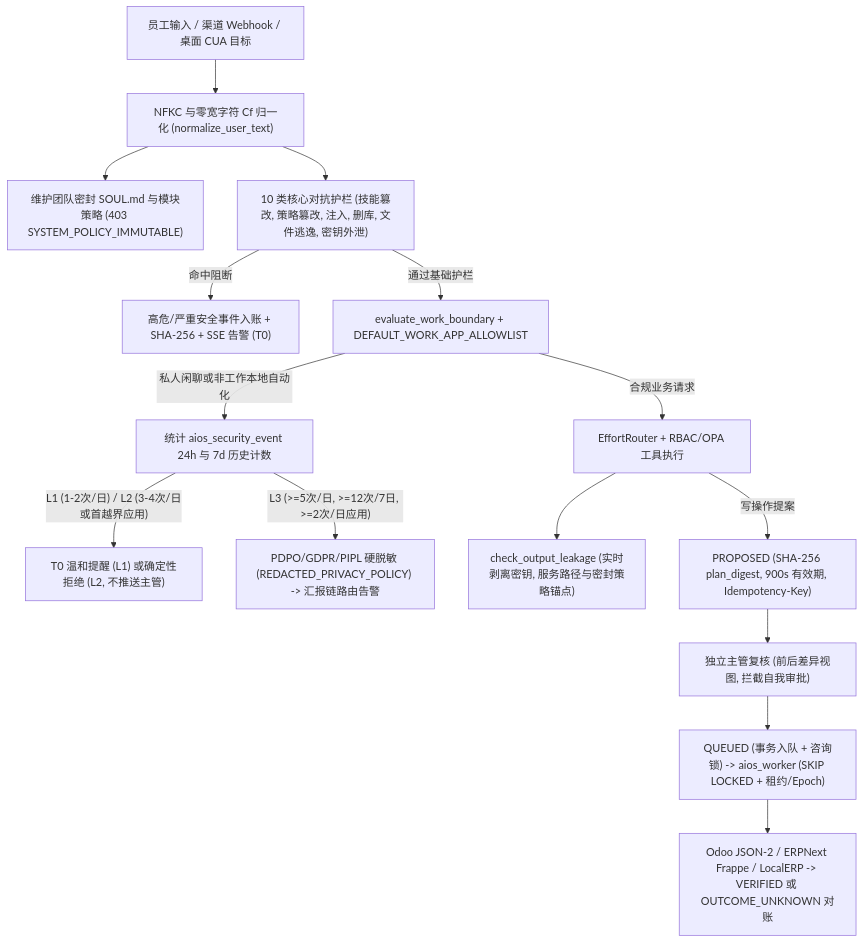
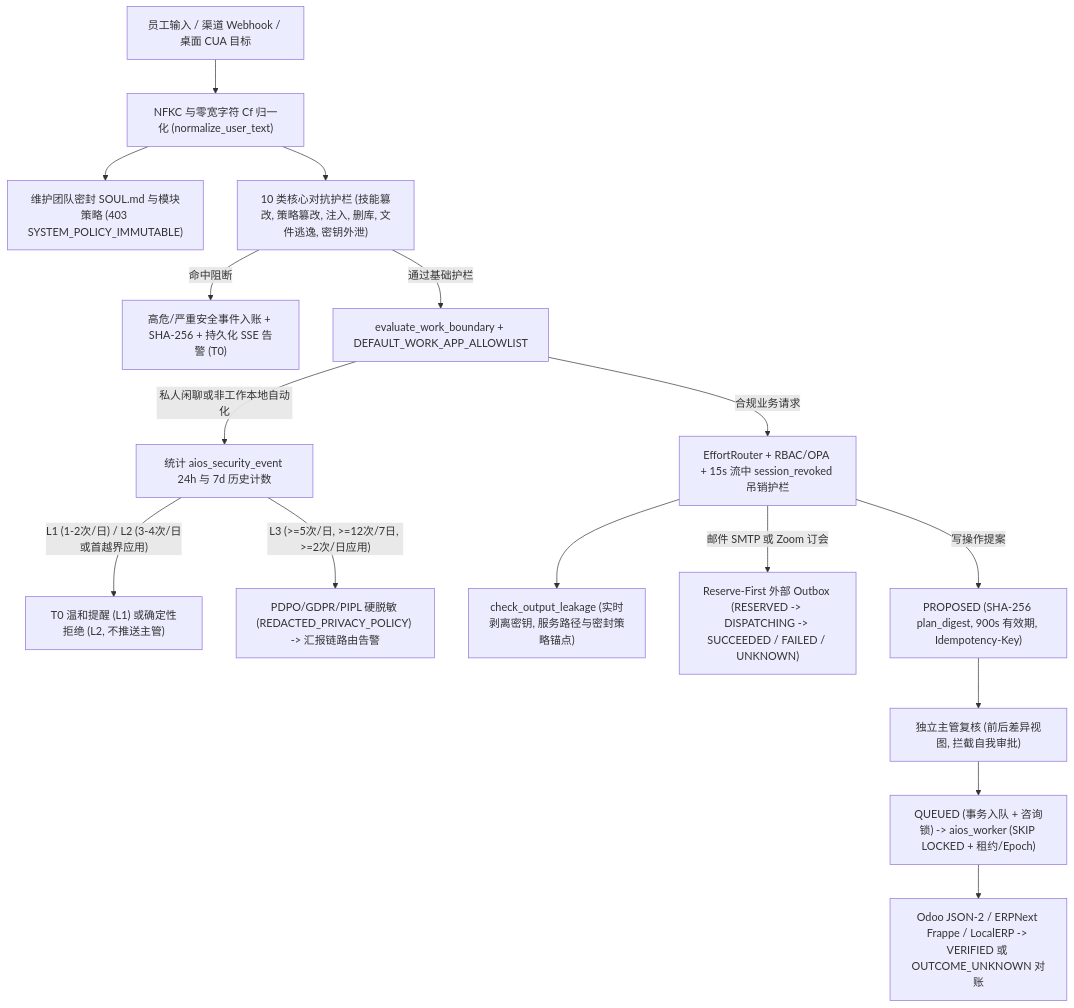
One commit to Doooo4love/sme-aios-demo changed the third of 4 diagrams in README.zh-CN.md. Above: the diagram before and after it, drawn with Mermaid. The commit also changed other lines of this file and 61 other files, not shown here.

````diff
--- a/README.zh-CN.md
+++ b/README.zh-CN.md
@@ -148,17 +150,18 @@
 ```mermaid
 flowchart TD
     IN["员工输入 / 渠道 Webhook / 桌面 CUA 目标"] --> NORM["NFKC 与零宽字符 Cf 归一化 (normalize_user_text)"]
     NORM --> SEALED["维护团队密封 SOUL.md 与模块策略 (403 SYSTEM_POLICY_IMMUTABLE)"]
     NORM --> COREGUARD["10 类核心对抗护栏 (技能篡改, 策略篡改, 注入, 删库, 文件逃逸, 密钥外泄)"]
-    COREGUARD -->|"命中阻断"| SEC_LEDGER["高危/严重安全事件入账 + SHA-256 + SSE 告警 (T0)"]
+    COREGUARD -->|"命中阻断"| SEC_LEDGER["高危/严重安全事件入账 + SHA-256 + 持久化 SSE 告警 (T0)"]
     COREGUARD -->|"通过基础护栏"| BOUNDARY["evaluate_work_boundary + DEFAULT_WORK_APP_ALLOWLIST"]
     BOUNDARY -->|"私人闲聊或非工作本地自动化"| HISTORY["统计 aios_security_event 24h 与 7d 历史计数"]
     HISTORY -->|"L1 (1-2次/日) / L2 (3-4次/日或首越界应用)"| NUDGE_DENY["T0 温和提醒 (L1) 或确定性拒绝 (L2, 不推送主管)"]
     HISTORY -->|"L3 (>=5次/日, >=12次/7日, >=2次/日应用)"| REDACT["PDPO/GDPR/PIPL 硬脱敏 (REDACTED_PRIVACY_POLICY) -> 汇报链路由告警"]
-    BOUNDARY -->|"合规业务请求"| EXEC["EffortRouter + RBAC/OPA 工具执行"]
+    BOUNDARY -->|"合规业务请求"| EXEC["EffortRouter + RBAC/OPA + 15s 流中 session_revoked 吊销护栏"]
     EXEC --> SCRUB["check_output_leakage (实时剥离密钥, 服务路径与密封策略锚点)"]
+    EXEC -->|"邮件 SMTP 或 Zoom 订会"| EXTOUT["Reserve-First 外部 Outbox (RESERVED -> DISPATCHING -> SUCCEEDED / FAILED / UNKNOWN)"]
     EXEC -->|"写操作提案"| PROP["PROPOSED (SHA-256 plan_digest, 900s 有效期, Idempotency-Key)"]
     PROP --> REVIEW["独立主管复核 (前后差异视图, 拦截自我审批)"]
     REVIEW --> QUEUED["QUEUED (事务入队 + 咨询锁) -> aios_worker (SKIP LOCKED + 租约/Epoch)"]
     QUEUED --> ERP["Odoo JSON-2 / ERPNext Frappe / LocalERP -> VERIFIED 或 OUTCOME_UNKNOWN 对账"]
 ```
````
